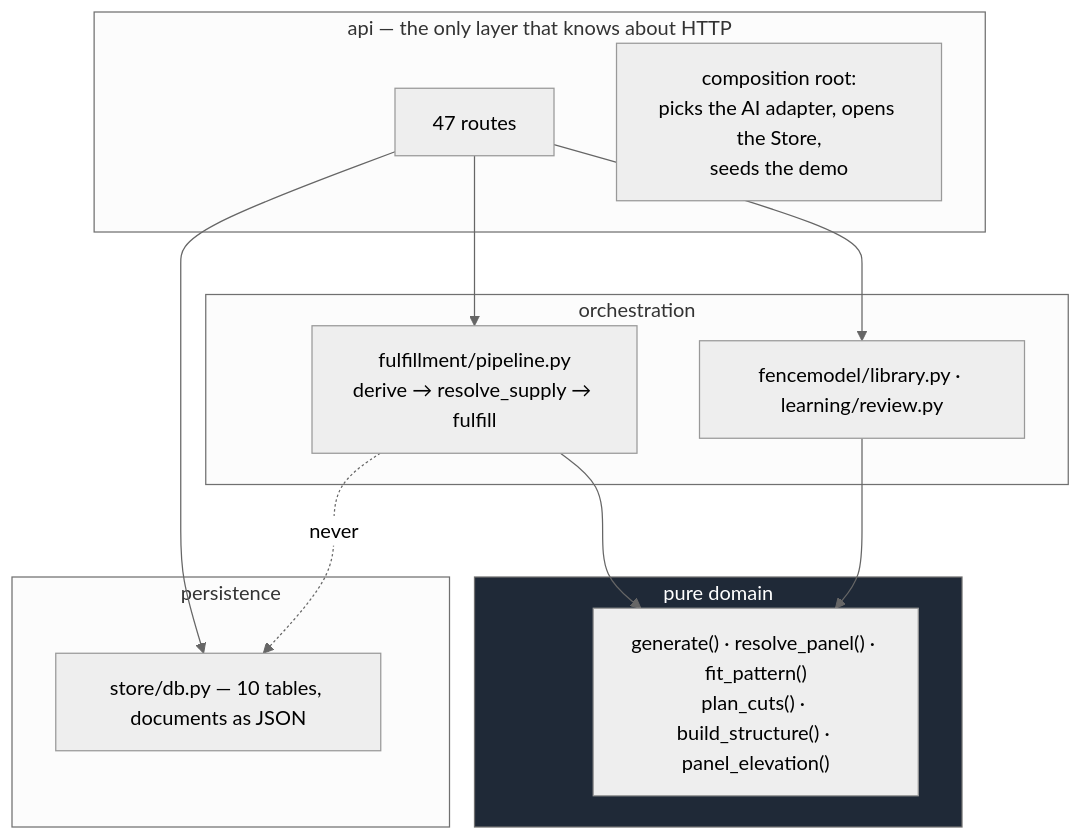
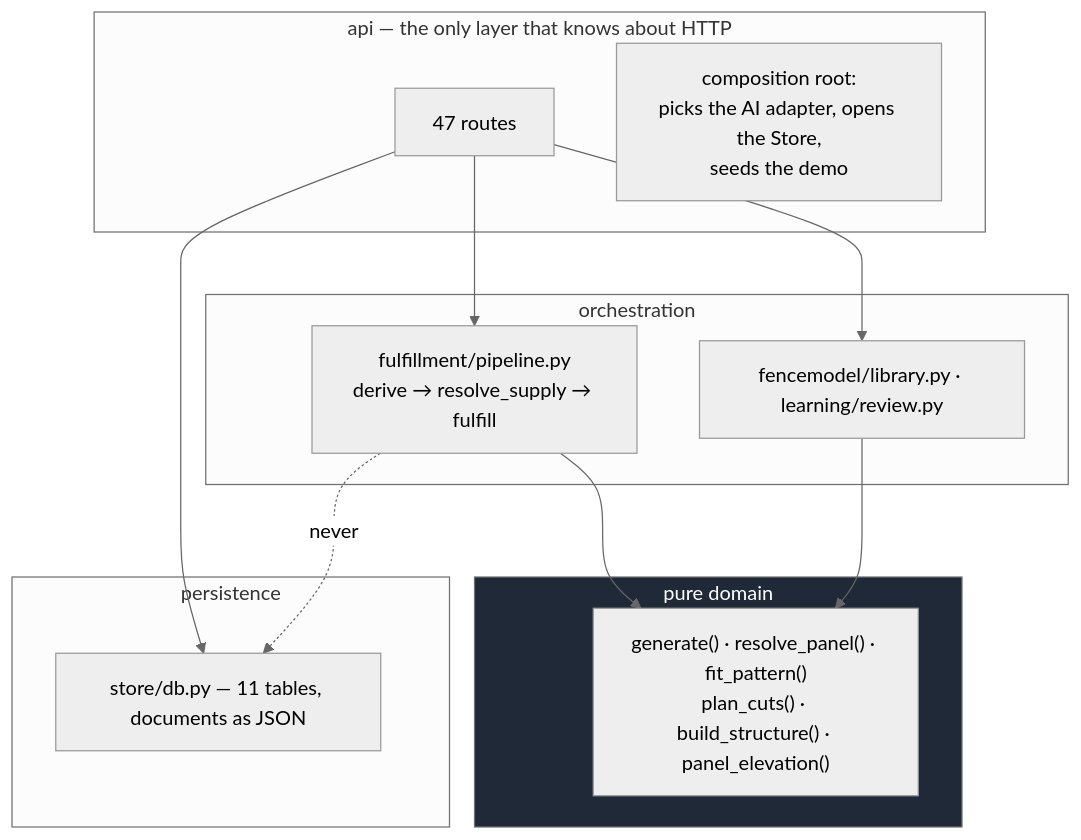
One commit to spicysauce1955-stack/BOM changed the diagram in docs/architecture/04-backend.md. Above: the diagram before and after it, drawn with Mermaid (neutral theme). The commit also changed other lines of this file and 2 other files, not shown here.

First line of the commit message:
feat(store): supply runs get their own append-only table

````diff
--- a/docs/architecture/04-backend.md
+++ b/docs/architecture/04-backend.md
@@ -10,26 +10,26 @@
 ```mermaid
 flowchart TB
     subgraph L1["api — the only layer that knows about HTTP"]
         R["47 routes"]
         CR["composition root:<br/>picks the AI adapter, opens the Store,<br/>seeds the demo"]
     end
     subgraph L2["orchestration"]
         PI["fulfillment/pipeline.py<br/>derive → resolve_supply → fulfill"]
         LI["fencemodel/library.py · learning/review.py"]
     end
     subgraph L3["pure domain"]
         PD["generate() · resolve_panel() · fit_pattern()<br/>plan_cuts() · build_structure() · panel_elevation()"]
     end
     subgraph L4["persistence"]
-        ST["store/db.py — 10 tables, documents as JSON"]
+        ST["store/db.py — 11 tables, documents as JSON"]
     end
 
     R --> PI
     R --> LI
     PI --> PD
     LI --> PD
     R --> ST
     PI -.->|"never"| ST
 
     style L3 fill:#1f2937,color:#fff
 ```
````
